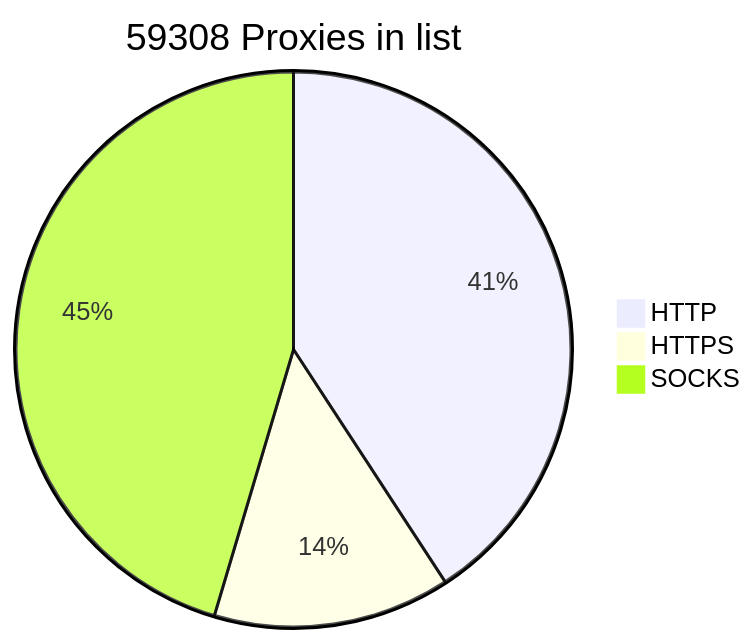
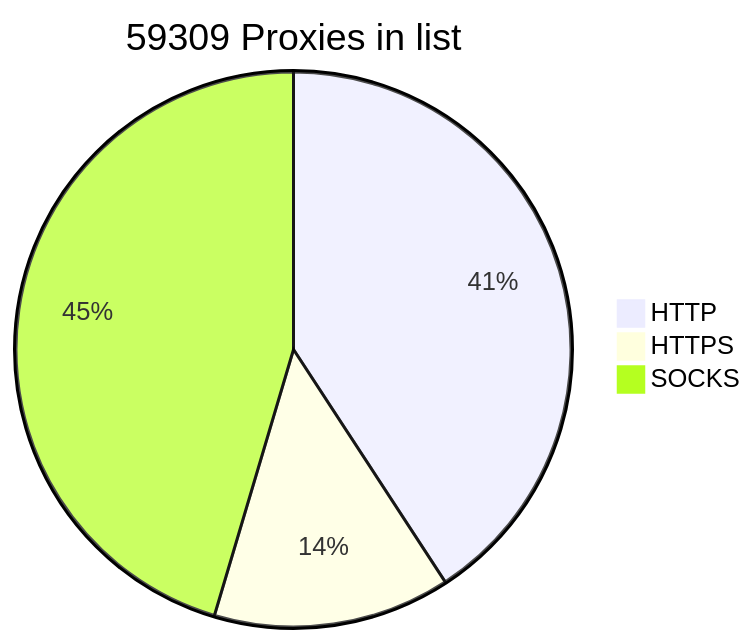
One commit to BlackSnowDot/proxylist-update-every-minute changed the diagram in README.md. Above: the diagram before and after it, drawn with Mermaid.

````diff
--- a/README.md
+++ b/README.md
@@ -2,6 +2,6 @@
 ```mermaid
-pie title 59308 Proxies in list
-    "HTTP" : 27296
+pie title 59309 Proxies in list
+    "HTTP" : 27297
     "HTTPS": 9236
     "SOCKS" : 30376
 ```
````
